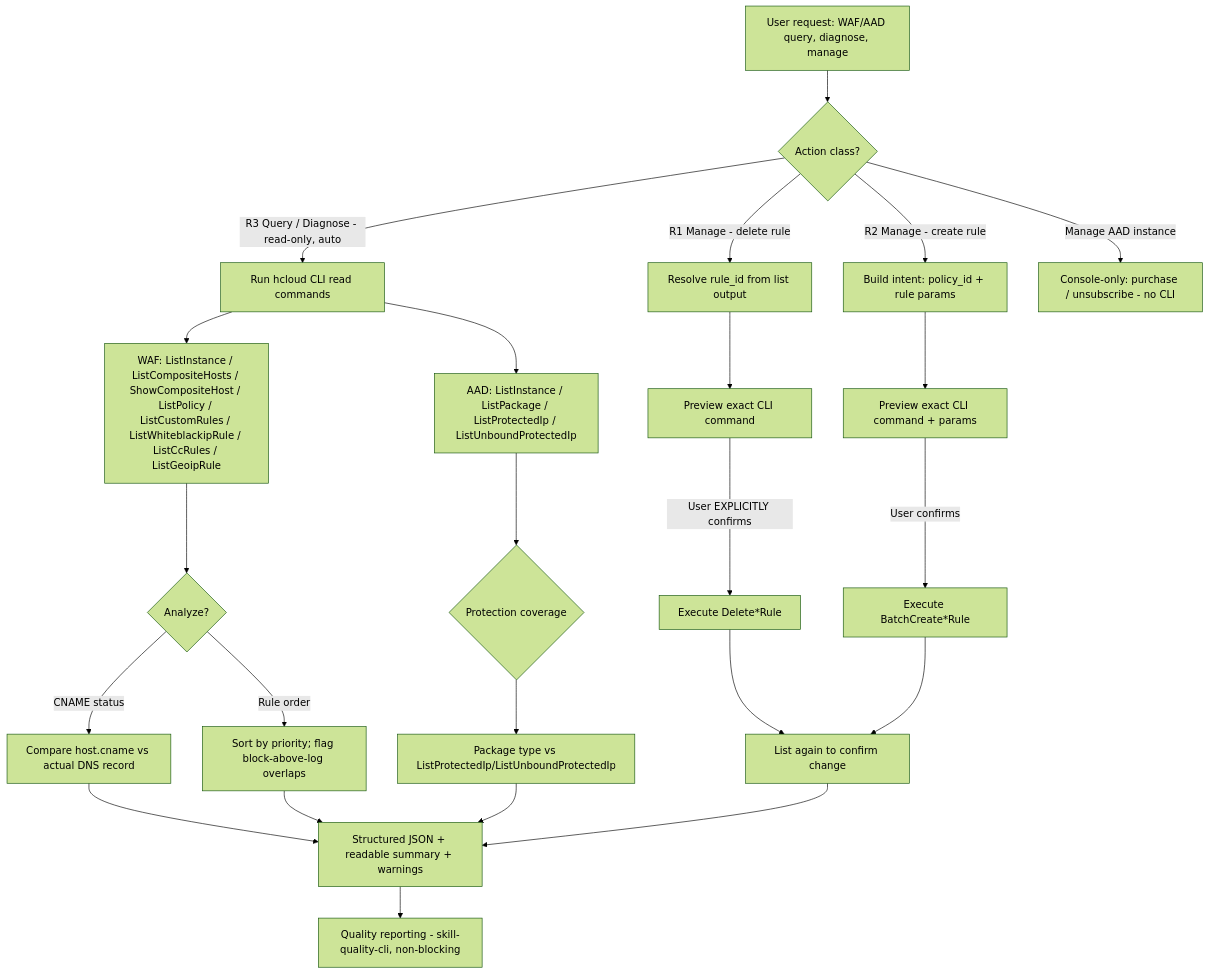
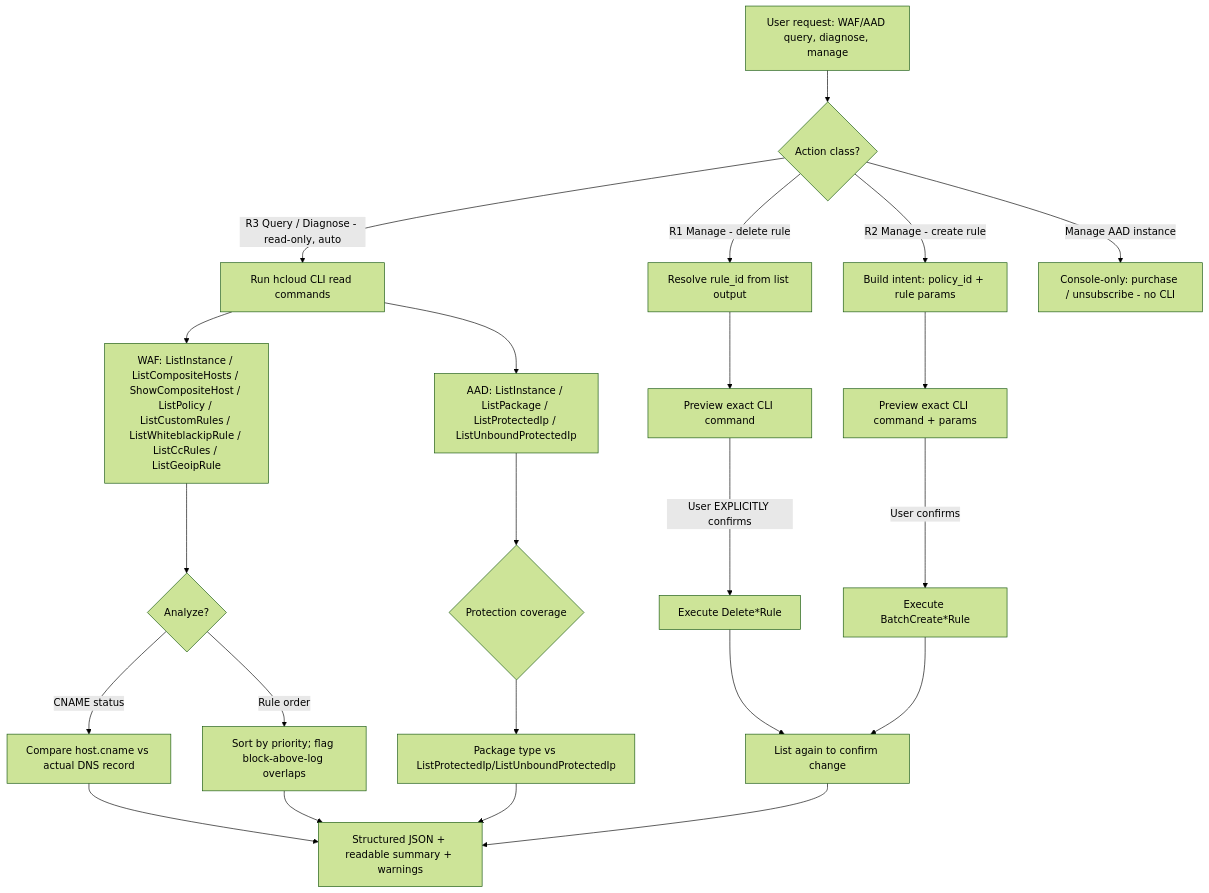
One commit to huaweicloud-mate/huaweicloud-plugin-dist changed the diagram in dist/clawhub/huaweicloud-core/skills/huawei-cloud-waf-aad-rule-management/references/dataflow-diagram.md. Above: the diagram before and after it, drawn with Mermaid (forest theme). The commit also changed other lines of this file and 755 other files, not shown here.

````diff
--- a/dist/clawhub/huaweicloud-core/skills/huawei-cloud-waf-aad-rule-management/references/dataflow-diagram.md
+++ b/dist/clawhub/huaweicloud-core/skills/huawei-cloud-waf-aad-rule-management/references/dataflow-diagram.md
@@ -3,32 +5,31 @@
 ```mermaid
 flowchart TD
     U[User request: WAF/AAD query, diagnose, manage] --> A{Action class?}
 
     A -->|R3 Query / Diagnose - read-only, auto| Q[Run hcloud CLI read commands]
     A -->|R2 Manage - create rule| P2[Build intent: policy_id + rule params]
     A -->|R1 Manage - delete rule| P1[Resolve rule_id from list output]
     A -->|Manage AAD instance| CONSOLE[Console-only: purchase / unsubscribe - no CLI]
 
     P2 --> CFM2[Preview exact CLI command + params]
     CFM2 -->|User confirms| EXEC2[Execute BatchCreate*Rule]
     P1 --> CFM1[Preview exact CLI command]
     CFM1 -->|User EXPLICITLY confirms| EXEC1[Execute Delete*Rule]
 
     Q --> WAF[WAF: ListInstance / ListCompositeHosts / ShowCompositeHost / ListPolicy / ListCustomRules / ListWhiteblackipRule / ListCcRules / ListGeoipRule]
     Q --> AAD[AAD: ListInstance / ListPackage / ListProtectedIp / ListUnboundProtectedIp]
 
     WAF --> DIAG1{Analyze?}
     DIAG1 -->|CNAME status| D1[Compare host.cname vs actual DNS record]
     DIAG1 -->|Rule order| D2[Sort by priority; flag block-above-log overlaps]
     AAD --> DIAG2{Protection coverage}
     DIAG2 --> D3[Package type vs ListProtectedIp/ListUnboundProtectedIp]
 
     D1 --> OUT[Structured JSON + readable summary + warnings]
     D2 --> OUT
     D3 --> OUT
     EXEC1 --> VERIFY[List again to confirm change]
     EXEC2 --> VERIFY
     VERIFY --> OUT
 
-    OUT --> RPT[Quality reporting - skill-quality-cli, non-blocking]
 ```
````
